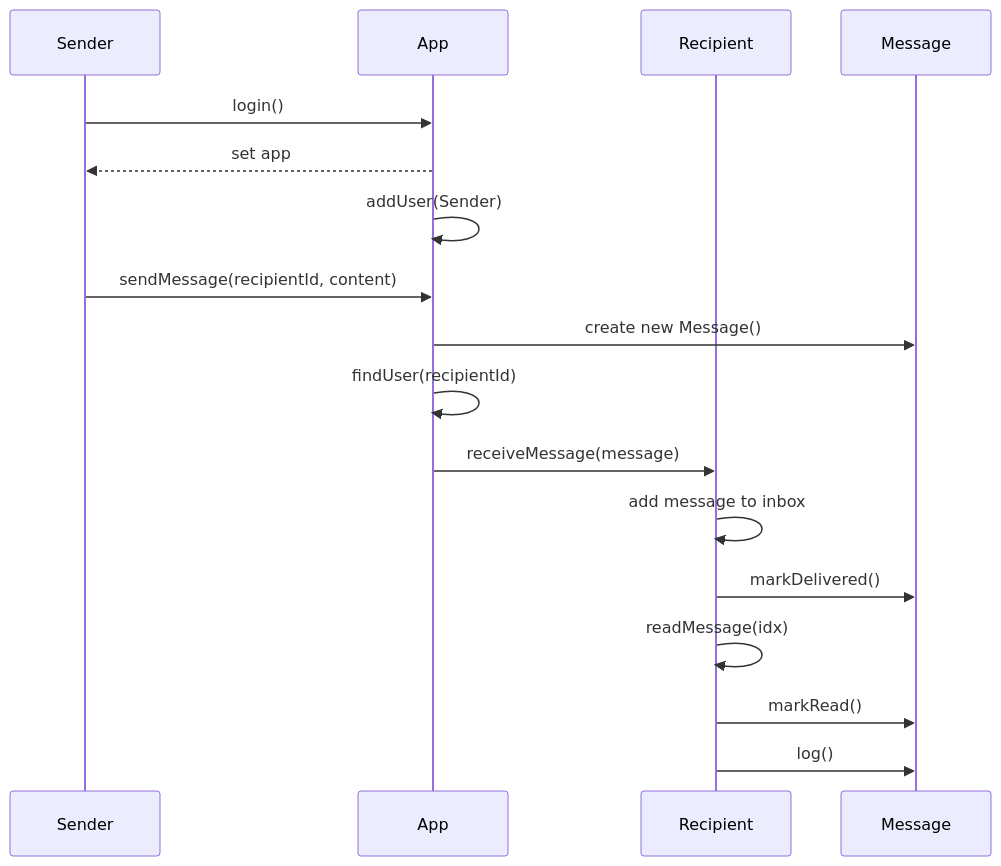
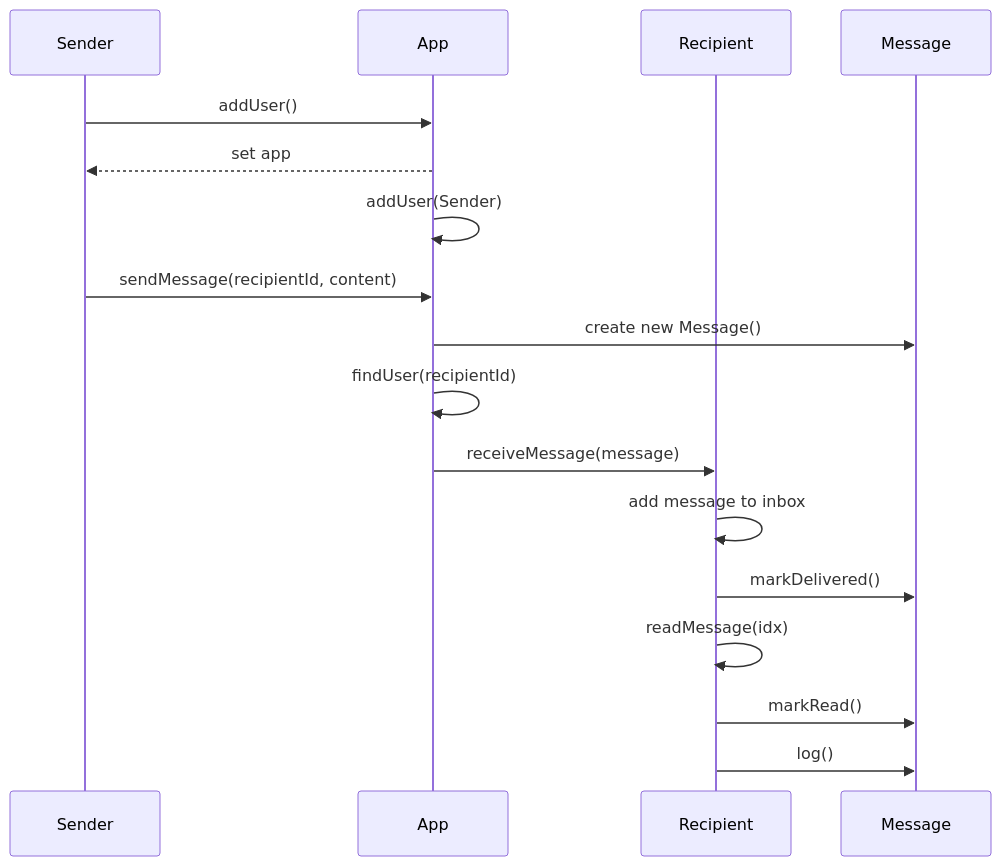
The sixth of 6 diagrams in TODO.md (corndel-swe/bee-mail), drawn with Mermaid before and after one commit. The commit also changed other lines of this file, not shown here.

Commit message:
Rename login method to addUser

````diff
--- a/TODO.md
+++ b/TODO.md
@@ -134,23 +134,23 @@
 ```mermaid
 sequenceDiagram
     participant Sender
     participant App
     participant Recipient
     participant Message
 
-    Sender ->> App: login()
+    Sender ->> App: addUser()
     App -->> Sender: set app
     App ->> App: addUser(Sender)
 
     Sender ->> App: sendMessage(recipientId, content)
     App ->> Message: create new Message()
     App ->> App: findUser(recipientId)
     App ->> Recipient: receiveMessage(message)
 
     Recipient ->> Recipient: add message to inbox
     Recipient ->> Message: markDelivered()
 
     Recipient ->> Recipient: readMessage(idx)
     Recipient ->> Message: markRead()
     Recipient ->> Message: log()
 ```
````
